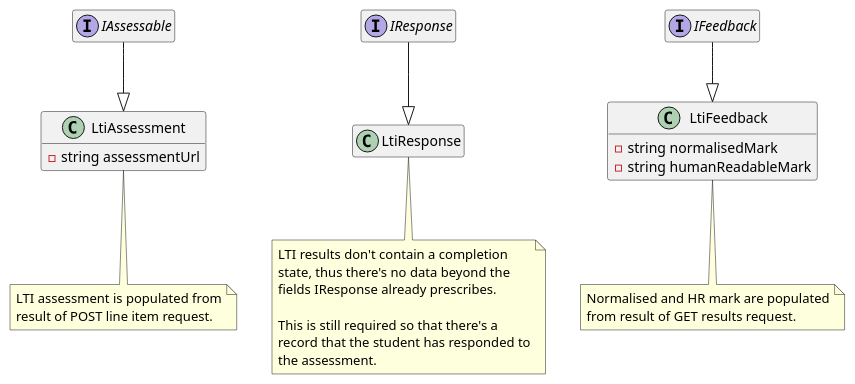
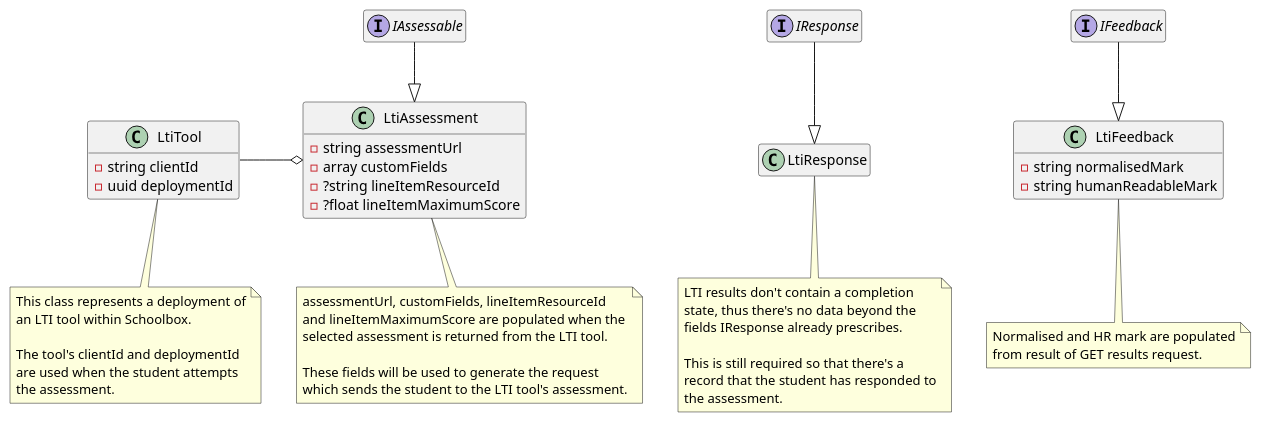
Before and after one commit to juliaattrevisan/schoolbox-api-docs: the diagram in library/Schoolbox/Learning/Assessment/Lti/classDiagram.plantuml, drawn with PlantUML. The commit also changed 1 other file, not shown here.

Commit message:
Update class diagram [SA-12593]

```diff
--- a/library/Schoolbox/Learning/Assessment/Lti/classDiagram.plantuml
+++ b/library/Schoolbox/Learning/Assessment/Lti/classDiagram.plantuml
@@ -1,43 +1,64 @@
 @startuml
 'https://plantuml.com/class-diagram
 
 interface IAssessable
 interface IResponse
 interface IFeedback
 
 hide empty members
 
+class LtiTool {
+    - string clientId
+    - uuid deploymentId
+}
+note bottom of LtiTool
+    This class represents a deployment of
+    an LTI tool within Schoolbox.
+
+    The tool's clientId and deploymentId
+    are used when the student attempts
+    the assessment.
+end note
+
 class LtiAssessment {
     - string assessmentUrl
+    - array customFields
+    - ?string lineItemResourceId
+    - ?float lineItemMaximumScore
 }
 note bottom of LtiAssessment
-    LTI assessment is populated from
-    result of POST line item request.
+    assessmentUrl, customFields, lineItemResourceId
+    and lineItemMaximumScore are populated when the
+    selected assessment is returned from the LTI tool.
+
+    These fields will be used to generate the request
+    which sends the student to the LTI tool's assessment.
 end note
 
 class LtiResponse {}
 
 class LtiFeedback {
     - string normalisedMark
     - string humanReadableMark
 }
 note bottom of LtiFeedback
     Normalised and HR mark are populated
     from result of GET results request.
 end note
 
 IAssessable --|> LtiAssessment
+LtiTool -o LtiAssessment
 IResponse --|> LtiResponse
 IFeedback --|> LtiFeedback
 
 note bottom of LtiResponse
     LTI results don't contain a completion
     state, thus there's no data beyond the
     fields IResponse already prescribes.
 
     This is still required so that there's a
     record that the student has responded to
     the assessment.
 end note
 
 @enduml
```
